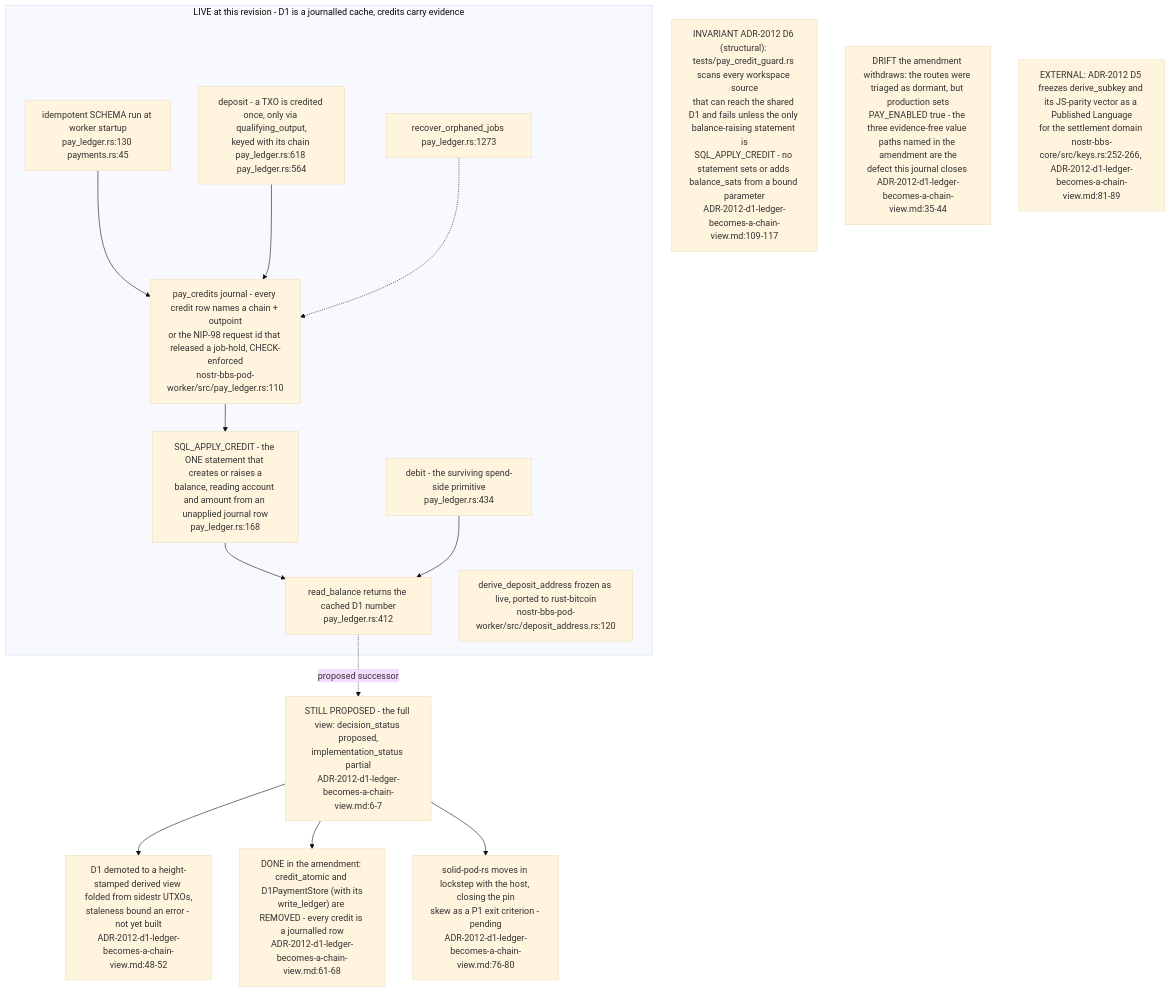
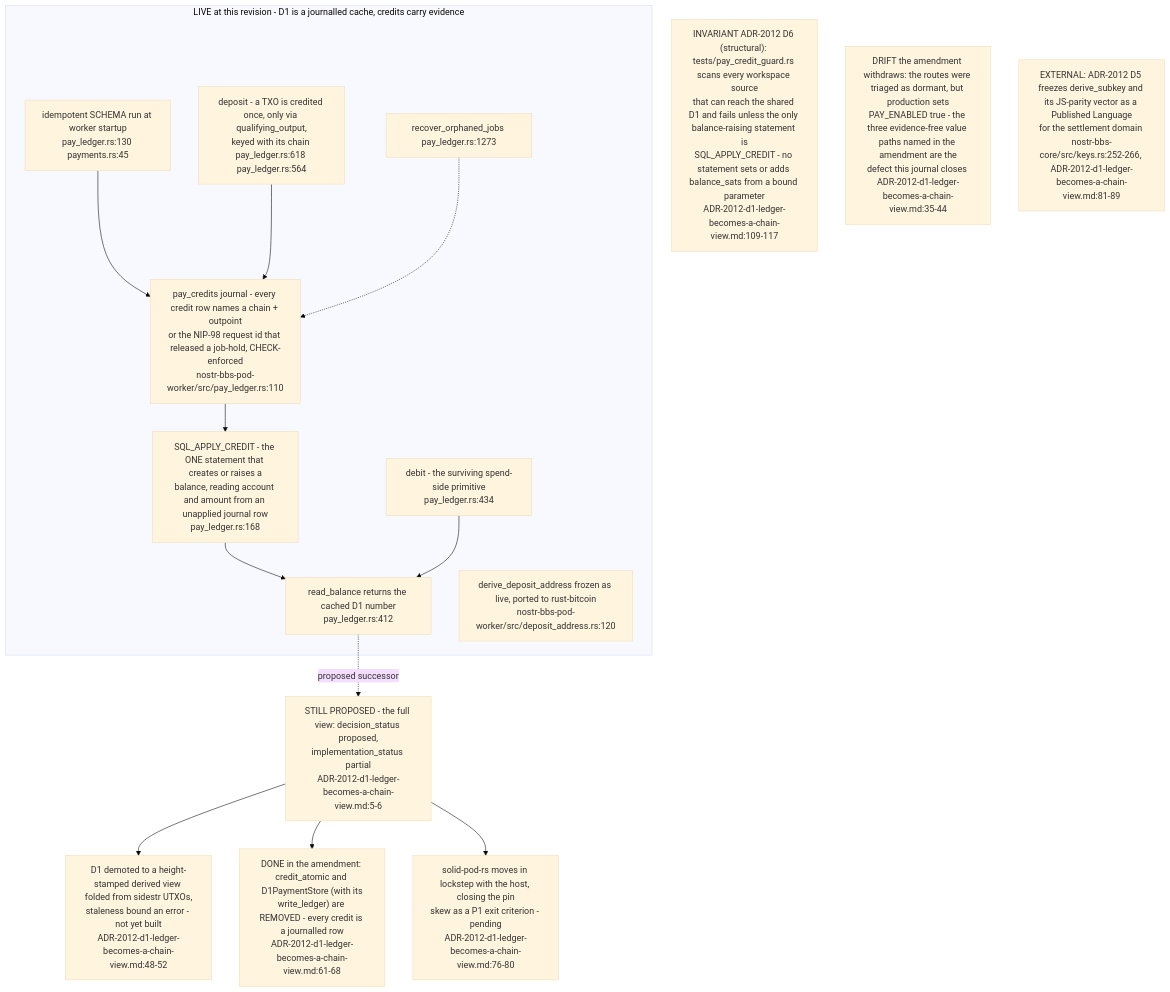
Before and after one commit to DreamLab-AI/VisionFlow: the tenth of 10 diagrams in docs/diagrams/nostr-rust-forum/04-pod-worker-ldp-wac-and-delegation.md, drawn with Mermaid (base theme). The commit also changed other lines of this file and 91 other files, not shown here.

````diff
--- a/docs/diagrams/nostr-rust-forum/04-pod-worker-ldp-wac-and-delegation.md
+++ b/docs/diagrams/nostr-rust-forum/04-pod-worker-ldp-wac-and-delegation.md
@@ -287,29 +294,29 @@
 ```mermaid
 flowchart TB
     subgraph live["LIVE at this revision - D1 is a journalled cache, credits carry evidence"]
         JOURNAL["pay_credits journal - every credit row names a chain + outpoint<br/>or the NIP-98 request id that released a job-hold, CHECK-enforced<br/>nostr-bbs-pod-worker/src/pay_ledger.rs:110"]
         SCHEMA["idempotent SCHEMA run at worker startup<br/>pay_ledger.rs:130 payments.rs:45"]
         DEP["deposit - a TXO is credited once, only via qualifying_output,<br/>keyed with its chain pay_ledger.rs:618 pay_ledger.rs:564"]
         APPLY["SQL_APPLY_CREDIT - the ONE statement that creates or raises a<br/>balance, reading account and amount from an unapplied journal row<br/>pay_ledger.rs:168"]
         DEB["debit - the surviving spend-side primitive<br/>pay_ledger.rs:434"]
         BAL["read_balance returns the cached D1 number<br/>pay_ledger.rs:412"]
         REC["recover_orphaned_jobs pay_ledger.rs:1273"]
         ADDR["derive_deposit_address frozen as live, ported to rust-bitcoin<br/>nostr-bbs-pod-worker/src/deposit_address.rs:120"]
     end
     SCHEMA --> JOURNAL
     DEP --> JOURNAL --> APPLY --> BAL
     DEB --> BAL
     REC -.-> JOURNAL
 
-    PROP["STILL PROPOSED - the full view: decision_status proposed,<br/>implementation_status partial<br/>ADR-2012-d1-ledger-becomes-a-chain-view.md:6-7"]
+    PROP["STILL PROPOSED - the full view: decision_status proposed,<br/>implementation_status partial<br/>ADR-2012-d1-ledger-becomes-a-chain-view.md:5-6"]
     P1["D1 demoted to a height-stamped derived view folded from sidestr UTXOs,<br/>staleness bound an error - not yet built<br/>ADR-2012-d1-ledger-becomes-a-chain-view.md:48-52"]
     P2["DONE in the amendment: credit_atomic and D1PaymentStore (with its<br/>write_ledger) are REMOVED - every credit is a journalled row<br/>ADR-2012-d1-ledger-becomes-a-chain-view.md:61-68"]
     P3["solid-pod-rs moves in lockstep with the host, closing the pin<br/>skew as a P1 exit criterion - pending<br/>ADR-2012-d1-ledger-becomes-a-chain-view.md:76-80"]
 
     BAL -.->|"proposed successor"| PROP
     PROP --> P1 & P2 & P3
 
     N1["INVARIANT ADR-2012 D6 (structural): tests/pay_credit_guard.rs scans every workspace source<br/>that can reach the shared D1 and fails unless the only balance-raising statement is<br/>SQL_APPLY_CREDIT - no statement sets or adds balance_sats from a bound parameter<br/>ADR-2012-d1-ledger-becomes-a-chain-view.md:109-117"]
     N2["DRIFT the amendment withdraws: the routes were triaged as dormant, but production sets<br/>PAY_ENABLED true - the three evidence-free value paths named in the amendment are the<br/>defect this journal closes ADR-2012-d1-ledger-becomes-a-chain-view.md:35-44"]
     N3["EXTERNAL: ADR-2012 D5 freezes derive_subkey and its JS-parity vector as a Published Language<br/>for the settlement domain nostr-bbs-core/src/keys.rs:252-266, ADR-2012-d1-ledger-becomes-a-chain-view.md:81-89"]
 ```
````
